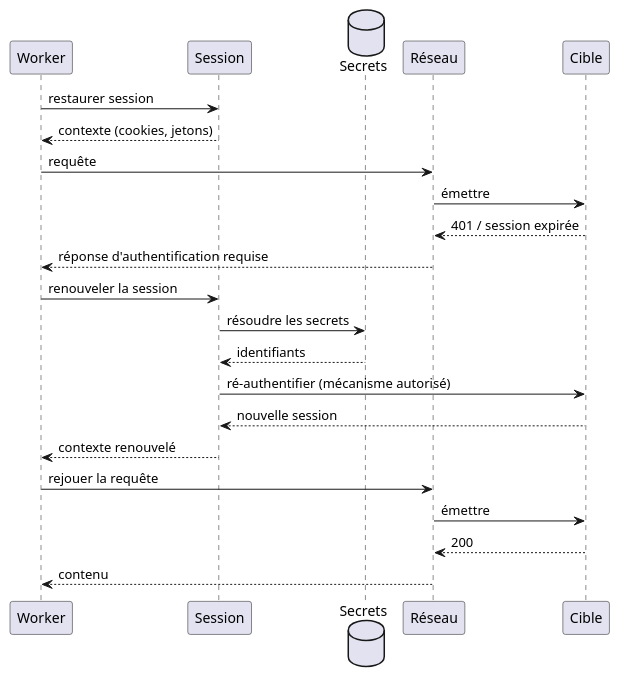
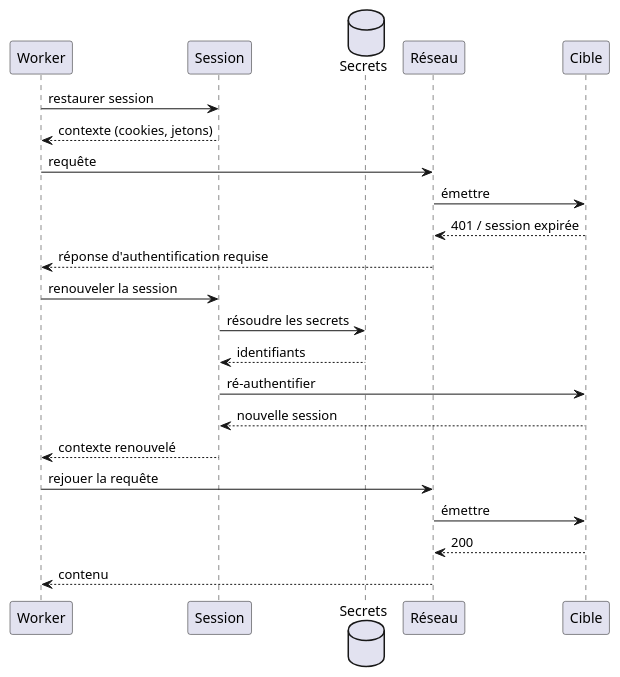
Before and after one commit to adrien-vo-semifir/na-web-scraping: the fifth of 6 diagrams in docs/03-session-reseau.md, drawn with PlantUML. The commit also changed other lines of this file and 9 other files, not shown here.

````diff
--- a/docs/03-session-reseau.md
+++ b/docs/03-session-reseau.md
@@ -137,28 +137,28 @@
 ```plantuml
 @startuml
 skinparam shadowing false
 skinparam defaultFontName "sans"
 participant "Worker" as W
 participant "Session" as S
 database "Secrets" as V
 participant "Réseau" as N
 participant "Cible" as T
 
 W -> S : restaurer session
 S --> W : contexte (cookies, jetons)
 W -> N : requête
 N -> T : émettre
 T --> N : 401 / session expirée
 N --> W : réponse d'authentification requise
 W -> S : renouveler la session
 S -> V : résoudre les secrets
 V --> S : identifiants
-S -> T : ré-authentifier (mécanisme autorisé)
+S -> T : ré-authentifier
 T --> S : nouvelle session
 S --> W : contexte renouvelé
 W -> N : rejouer la requête
 N -> T : émettre
 T --> N : 200
 N --> W : contenu
 @enduml
 ```
````
